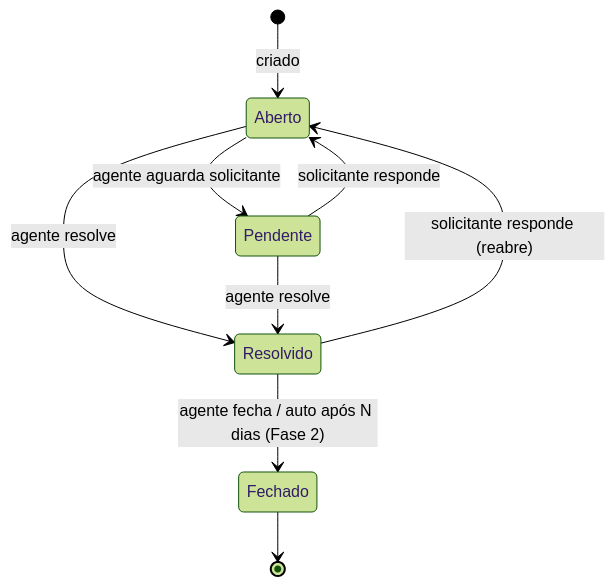
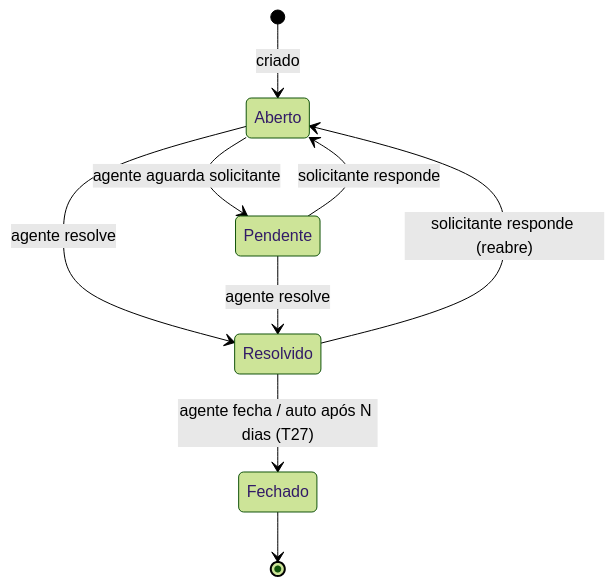
Before and after one commit to Missao-Salesiana-de-Mato-Grosso/helpdesk: the diagram in docs/discovery/01-escopo.md, drawn with Mermaid (forest theme). The commit also changed other lines of this file and 14 other files, not shown here.

````diff
--- a/docs/discovery/01-escopo.md
+++ b/docs/discovery/01-escopo.md
@@ -100,11 +100,11 @@
 ```mermaid
 stateDiagram-v2
     [*] --> Aberto: criado
     Aberto --> Pendente: agente aguarda solicitante
     Pendente --> Aberto: solicitante responde
     Aberto --> Resolvido: agente resolve
     Pendente --> Resolvido: agente resolve
     Resolvido --> Aberto: solicitante responde (reabre)
-    Resolvido --> Fechado: agente fecha / auto após N dias (Fase 2)
+    Resolvido --> Fechado: agente fecha / auto após N dias (T27)
     Fechado --> [*]
 ```
````
